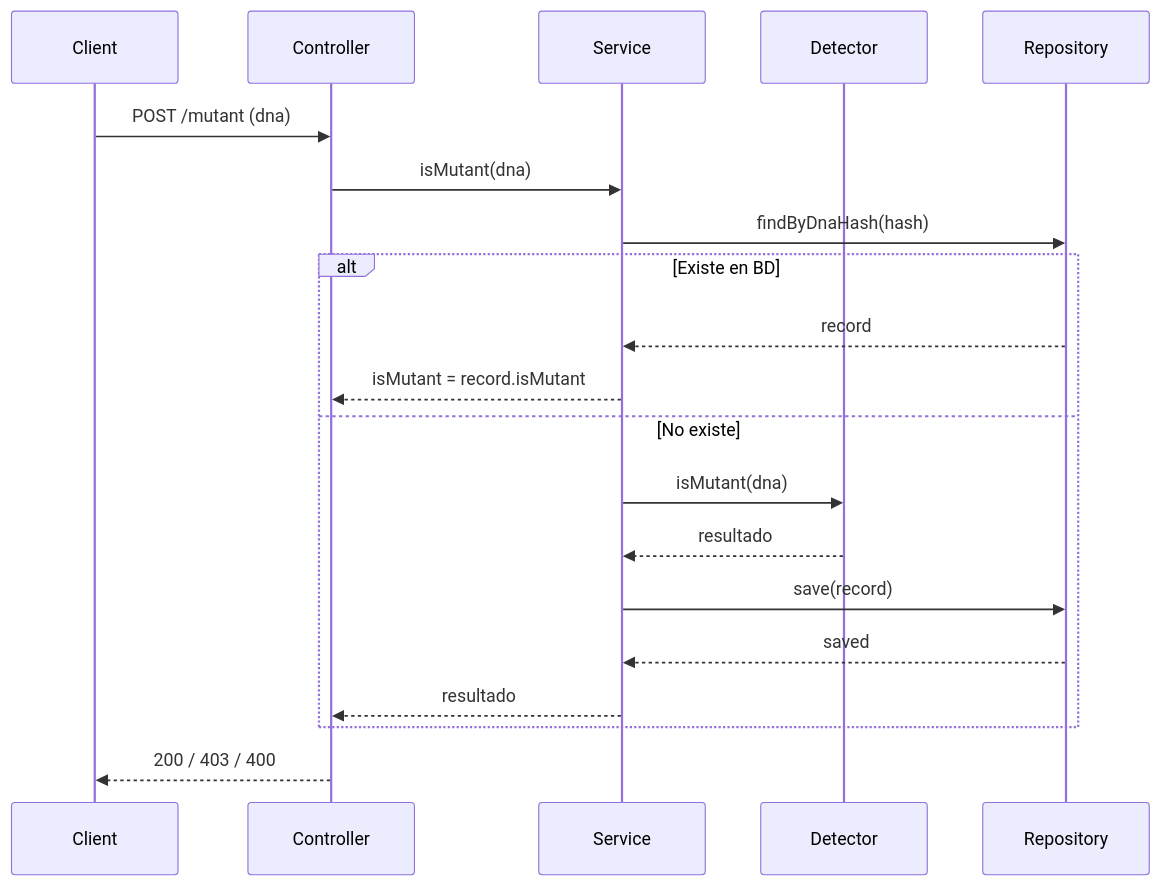
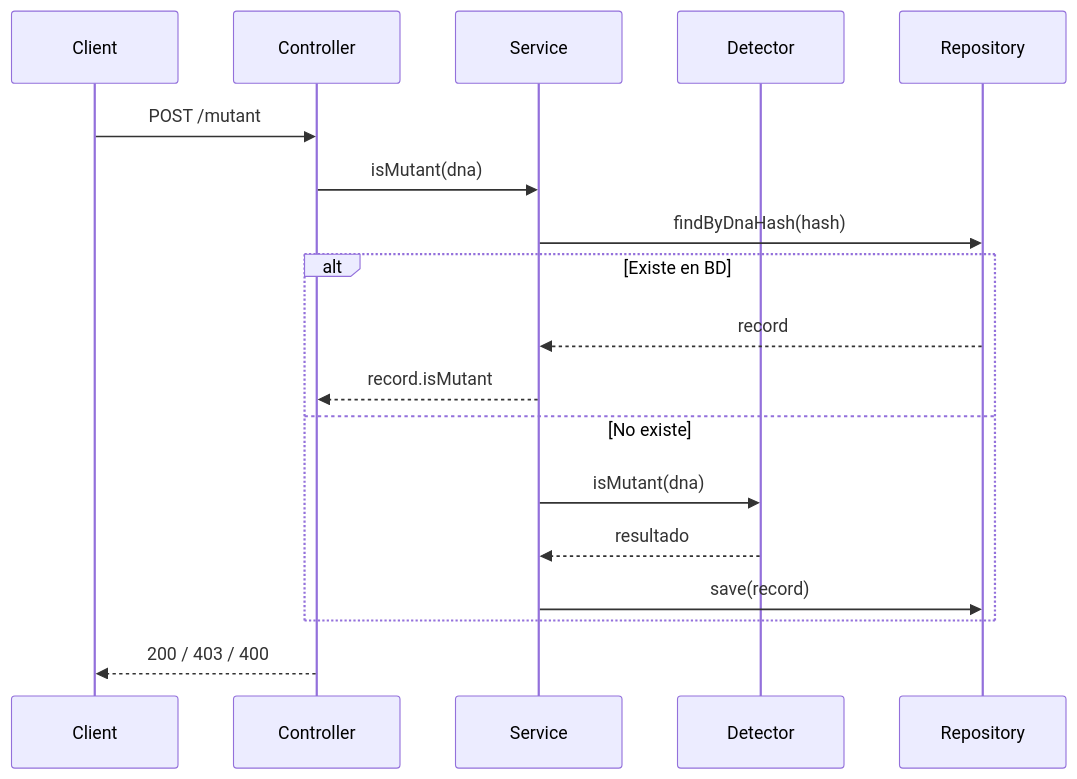
Before and after one commit to EnzoFernandez43/mutant-detector: the second of 2 diagrams in README.md, drawn with Mermaid. The commit also changed other lines of this file, not shown here.

````diff
--- a/README.md
+++ b/README.md
@@ -236,23 +244,23 @@
 ```mermaid
 sequenceDiagram
     participant Client
     participant Controller
     participant Service
     participant Detector
     participant Repository
 
-    Client->>Controller: POST /mutant (dna)
+    Client->>Controller: POST /mutant
     Controller->>Service: isMutant(dna)
     Service->>Repository: findByDnaHash(hash)
+
     alt Existe en BD
         Repository-->>Service: record
-        Service-->>Controller: isMutant = record.isMutant
+        Service-->>Controller: record.isMutant
     else No existe
         Service->>Detector: isMutant(dna)
         Detector-->>Service: resultado
         Service->>Repository: save(record)
-        Repository-->>Service: saved
-        Service-->>Controller: resultado
     end
+
     Controller-->>Client: 200 / 403 / 400
 ```
````
